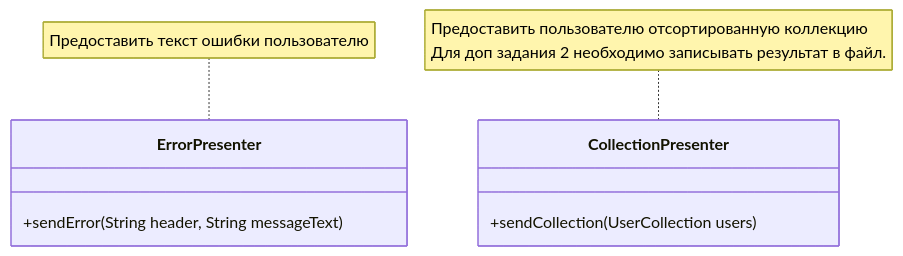
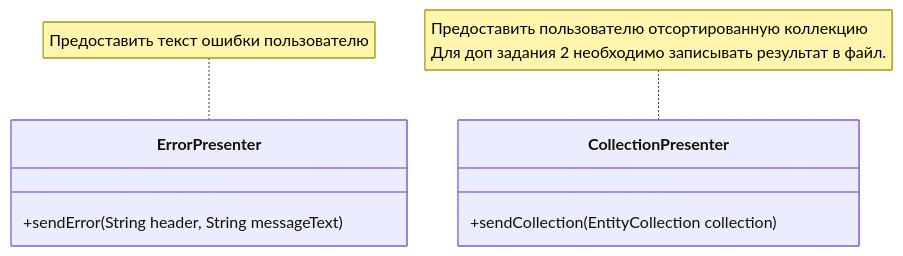
One commit to ColAshN65/FirstTeamProject changed the second of 7 diagrams in README.md. Above: the diagram before and after it, drawn with Mermaid. The commit also changed other lines of this file, not shown here.

````diff
--- a/README.md
+++ b/README.md
@@ -44,15 +45,15 @@
 ```mermaid
 classDiagram
 
   note for ErrorPresenter "Предоставить текст ошибки пользователю"
   note for CollectionPresenter "Предоставить пользователю отсортированную коллекцию
   Для доп задания 2 необходимо записывать результат в файл."
 
   class ErrorPresenter {
     +sendError(String header, String messageText)
   }
 
   class CollectionPresenter {
-    +sendCollection(UserCollection users)
+    +sendCollection(EntityCollection collection)
   }
 ```
````
